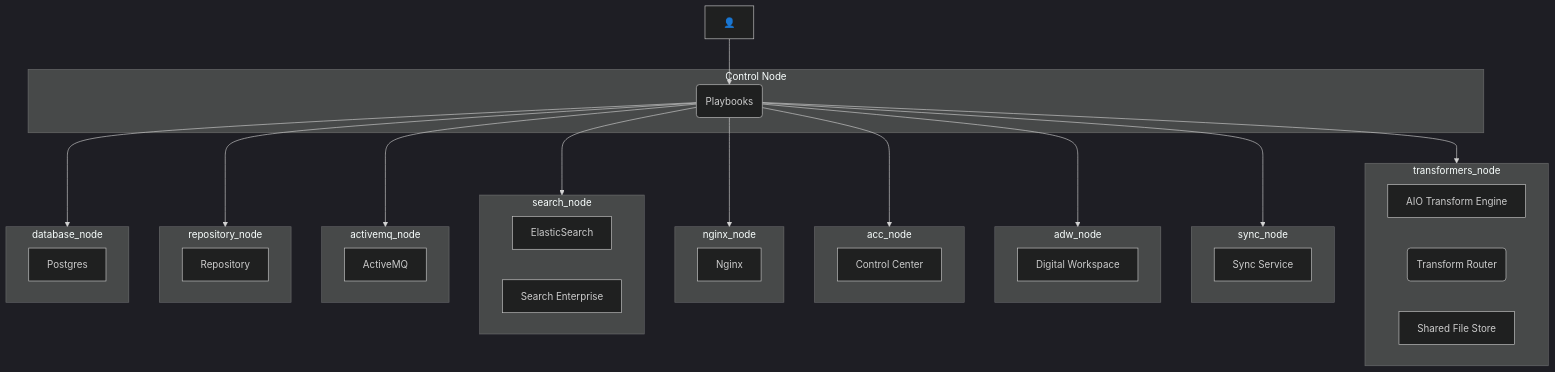
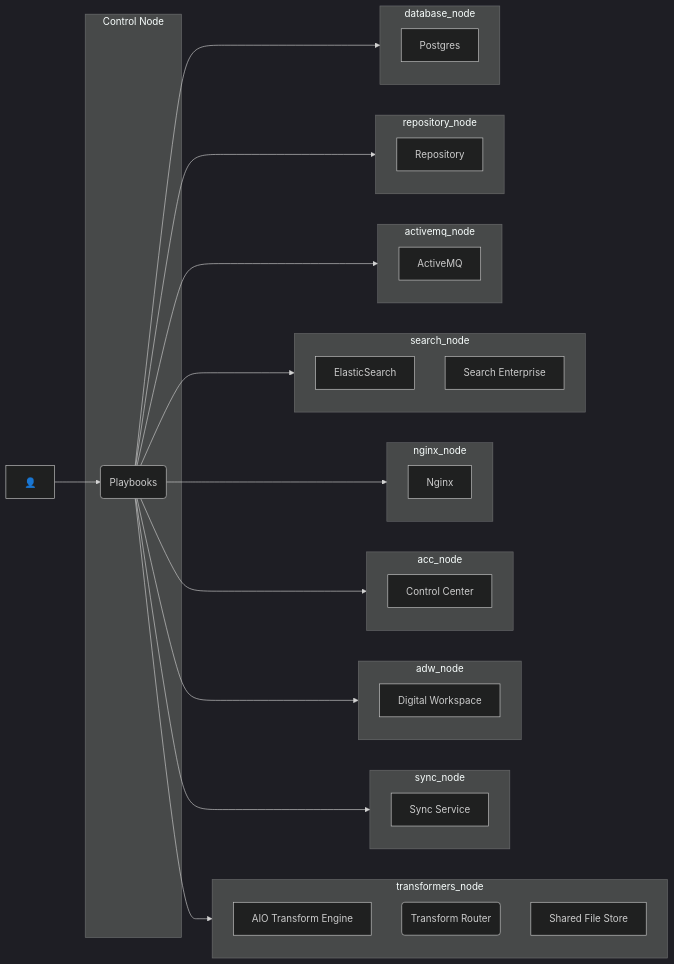
The fifth of 5 diagrams in docs/deployment-guide.md (Alfresco/alfresco-ansible-deployment), drawn with Mermaid (dark theme) before and after one commit. The commit also changed other lines of this file, not shown here.

````diff
--- a/docs/deployment-guide.md
+++ b/docs/deployment-guide.md
@@ -992,46 +992,46 @@
 ```mermaid
-graph TD
+graph LR
 user[👤] --> playbook
 subgraph CN[Control Node]
   playbook(Playbooks)
 end
 subgraph database_node
   postgres[Postgres]
 end
 subgraph repository_node
   repository[Repository]
 end
 subgraph activemq_node
   activemq[ActiveMQ]
 end
 subgraph search_node
   elasticsearch[ElasticSearch]
   search_enterprise[Search Enterprise]
 end
 subgraph nginx_node
   nginx[Nginx]
 end
 subgraph acc_node
   acc[Control Center]
 end
 subgraph adw_node
   adw[Digital Workspace]
 end
 subgraph sync_node
   sync[Sync Service]
 end
 subgraph transformers_node
   transformers[AIO Transform Engine]
   trouter(Transform Router)
   sfs[Shared File Store]
 end
 playbook --> database_node
 playbook --> repository_node
 playbook --> activemq_node
 playbook --> search_node
 playbook --> nginx_node
 playbook --> acc_node
 playbook --> adw_node
 playbook --> sync_node
 playbook --> transformers_node
 ```
````
